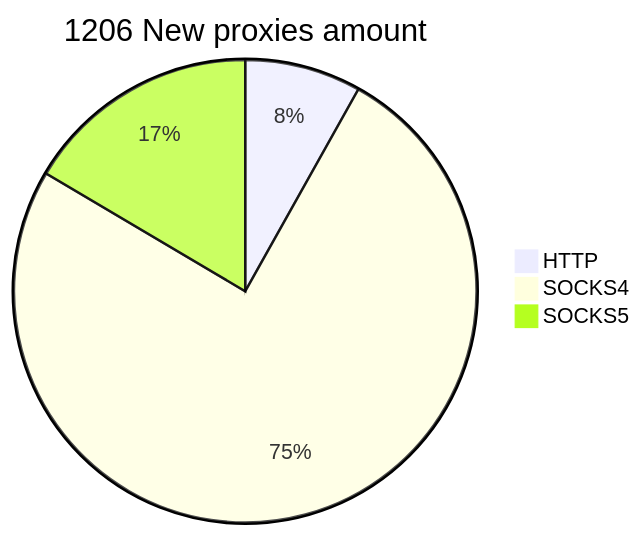
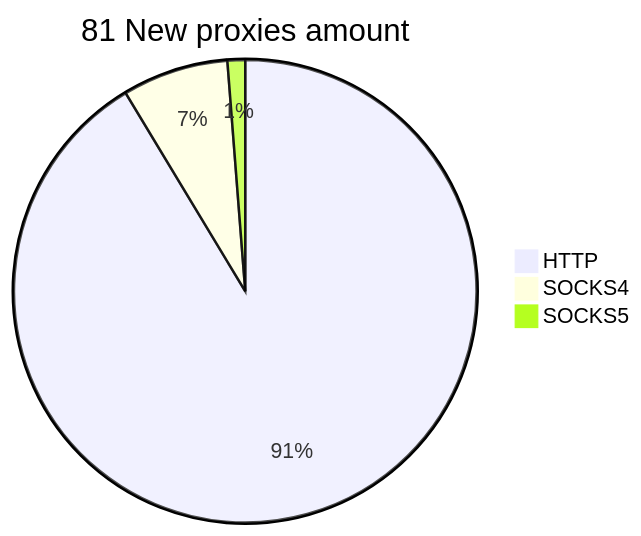
One commit to cutipu/proxylist changed the second of 2 diagrams in README.md. Above: the diagram before and after it, drawn with Mermaid. The commit also changed other lines of this file, not shown here.

````diff
--- a/README.md
+++ b/README.md
@@ -10,6 +10,6 @@
 ```mermaid
-pie title 1206 New proxies amount
-    "HTTP" : 98
-    "SOCKS4" : 909
-    "SOCKS5" : 199
+pie title 81 New proxies amount
+    "HTTP" : 74
+    "SOCKS4" : 6
+    "SOCKS5" : 1
 ```
````
